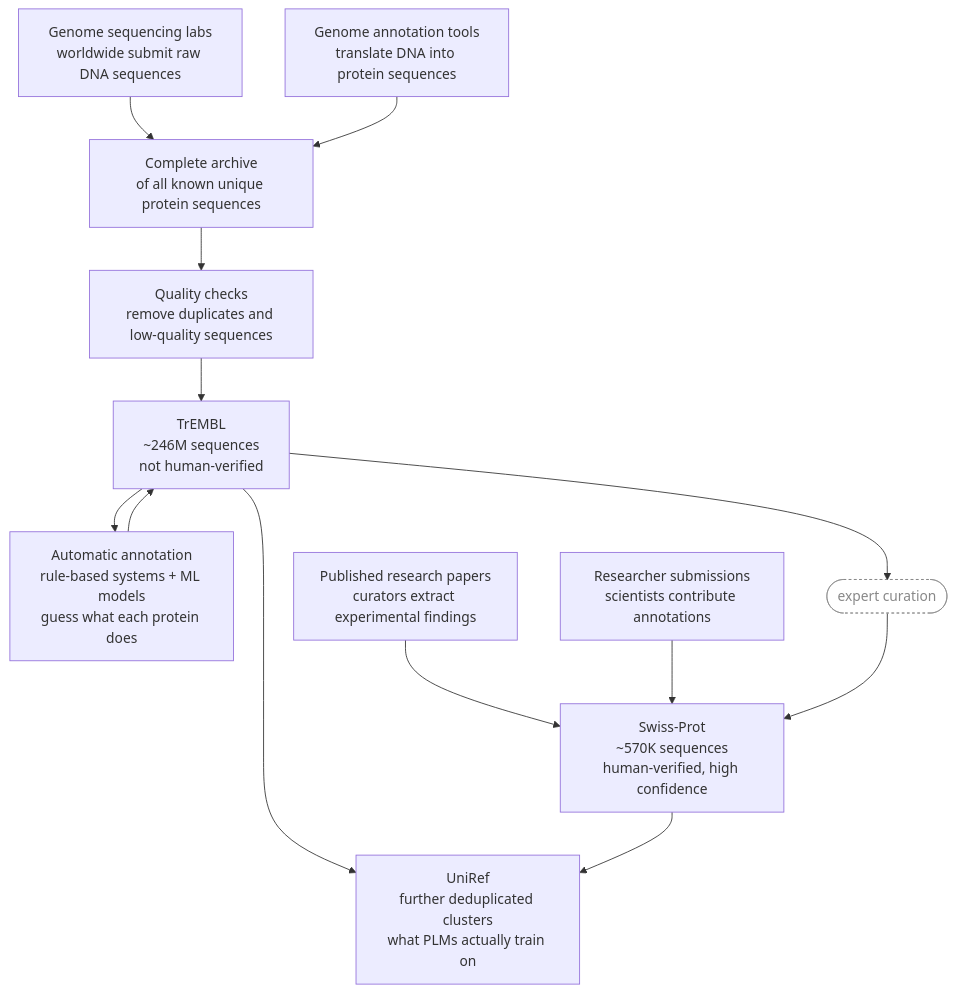
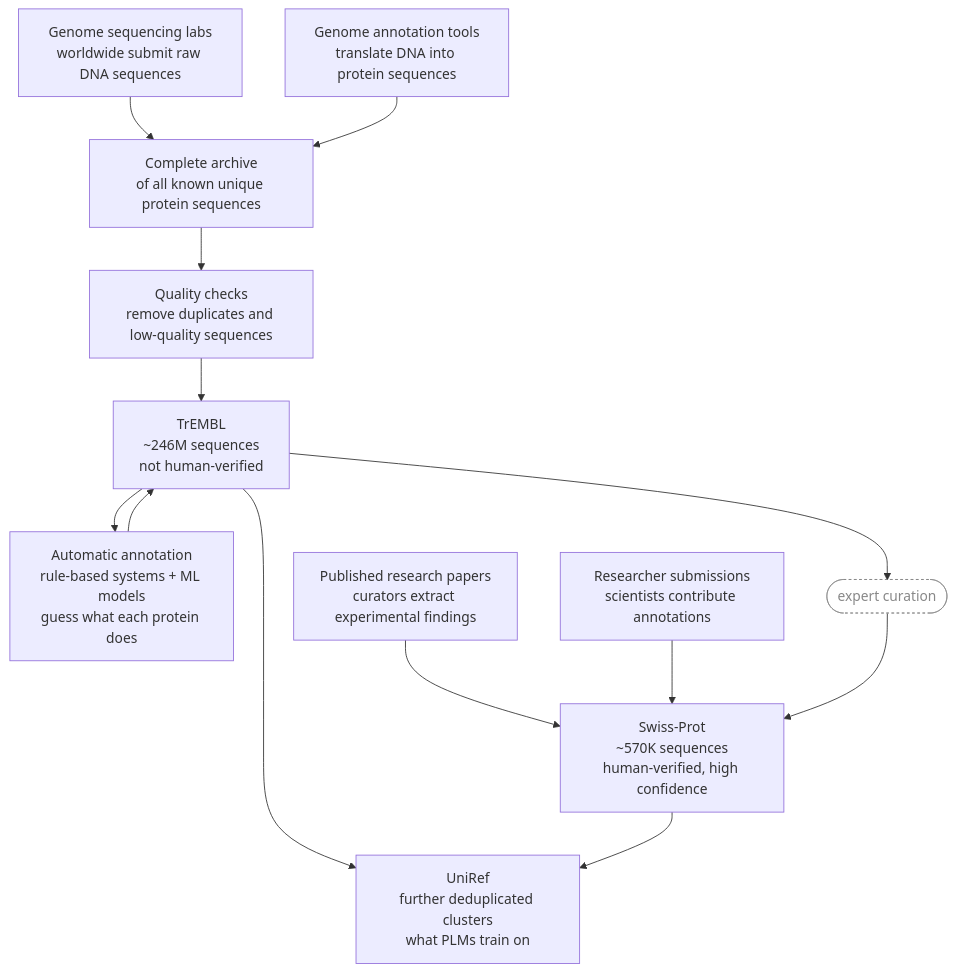
One commit to oboy-1/oboy-1.github.io changed the second of 8 diagrams in _posts/2026-8-27-protein-language-models.md. Above: the diagram before and after it, drawn with Mermaid. The commit also changed other lines of this file and 28 other files, not shown here.

````diff
--- a/_posts/2026-8-27-protein-language-models.md
+++ b/_posts/2026-8-27-protein-language-models.md
@@ -231,28 +231,28 @@
 ```mermaid
 flowchart TD
   INSDC["Genome sequencing labs<br/>worldwide submit raw DNA sequences"]
   ENS["Genome annotation tools<br/>translate DNA into protein sequences"]
   UNIPARC["Complete archive<br/>of all known unique protein sequences"]
   FILTER["Quality checks<br/>remove duplicates and low-quality sequences"]
   TREMBL["TrEMBL<br/>~246M sequences<br/>not human-verified"]
   AUTO["Automatic annotation<br/>rule-based systems + ML models<br/>guess what each protein does"]
   LIT["Published research papers<br/>curators extract experimental findings"]
   COMM["Researcher submissions<br/>scientists contribute annotations"]
   CURATE(["expert curation"])
   SWISSPROT["Swiss-Prot<br/>~570K sequences<br/>human-verified, high confidence"]
-  UNIREF["UniRef<br/>further deduplicated clusters<br/>what PLMs actually train on"]
+  UNIREF["UniRef<br/>further deduplicated clusters<br/>what PLMs train on"]
 
   INSDC --> UNIPARC
   ENS --> UNIPARC
   UNIPARC --> FILTER
   FILTER --> TREMBL
   TREMBL --> AUTO
   AUTO --> TREMBL
   LIT --> SWISSPROT
   COMM --> SWISSPROT
   TREMBL --> CURATE --> SWISSPROT
   TREMBL --> UNIREF
   SWISSPROT --> UNIREF
 
   style CURATE fill:none,stroke:#888,stroke-dasharray: 3 3,color:#888
 ```
````
